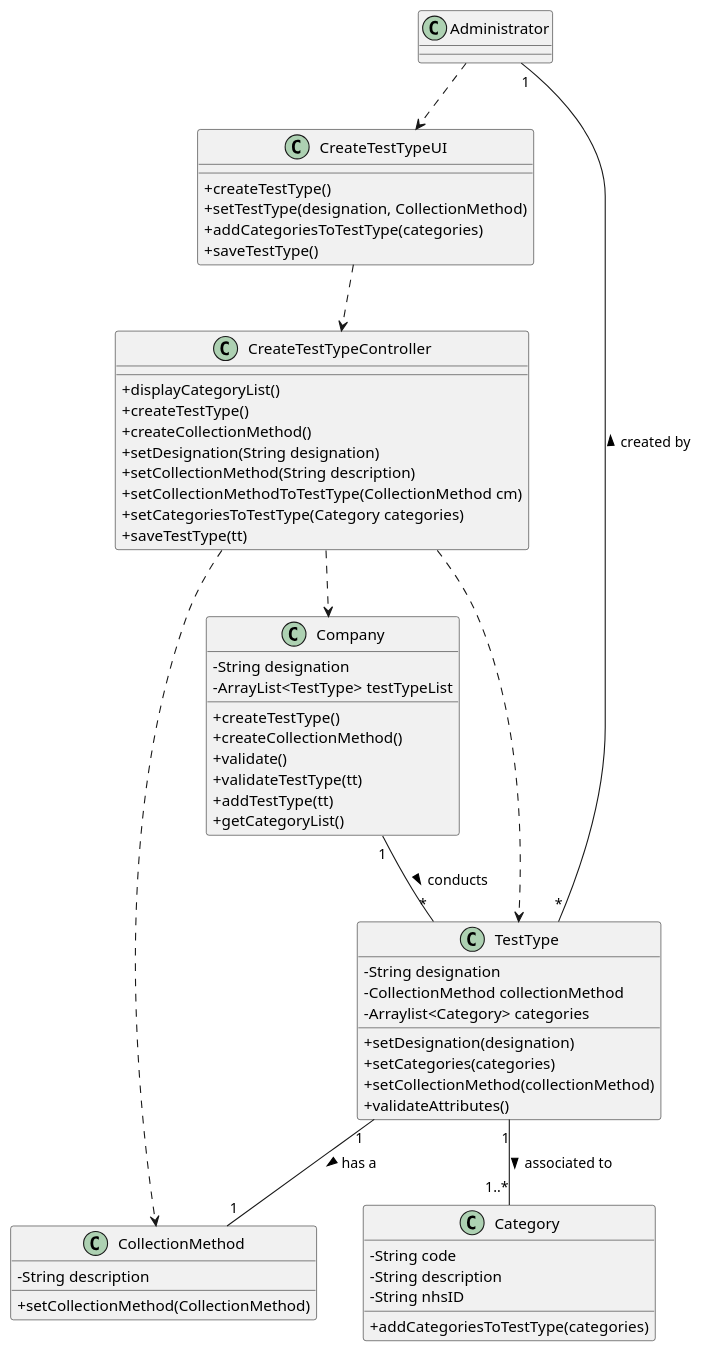
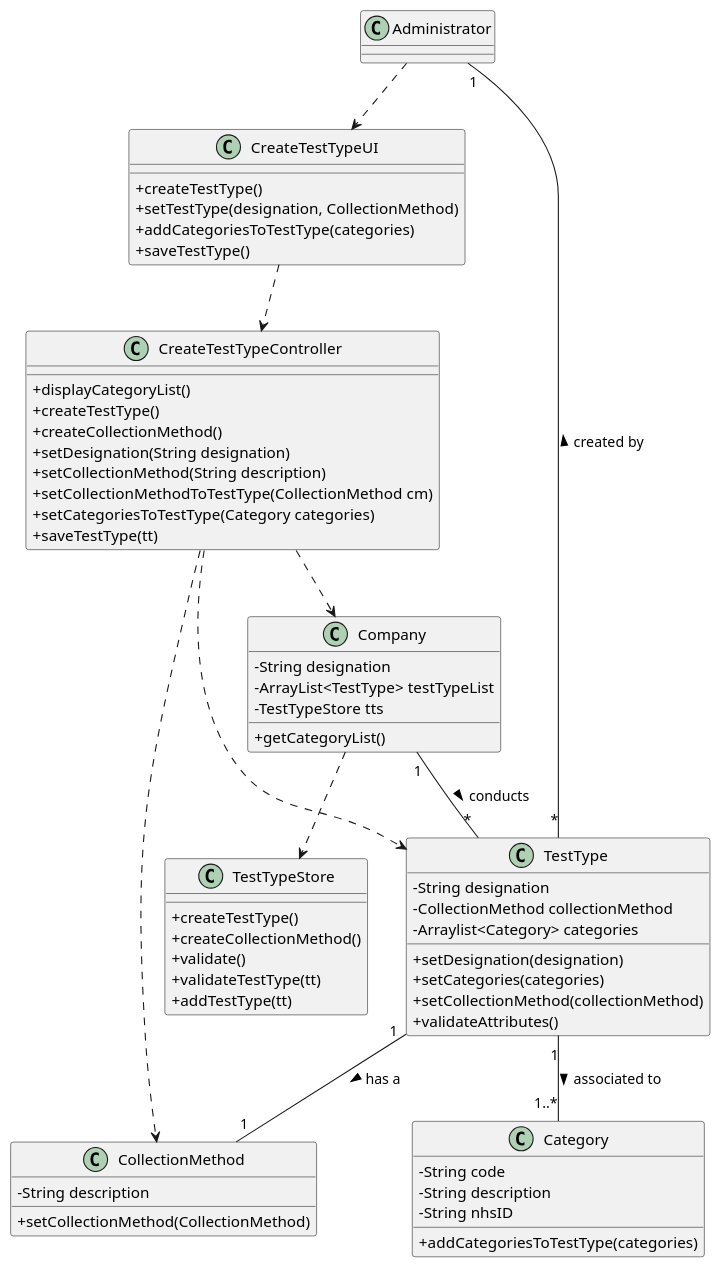
The diagram in docs/SprintB/US9/US9_CD.puml (MadDinosaur/ISEP-LAPR2), drawn with PlantUML before and after one commit. The commit also changed 6 other files, not shown here.

```diff
--- a/docs/SprintB/US9/US9_CD.puml
+++ b/docs/SprintB/US9/US9_CD.puml
@@ -1,63 +1,67 @@
 @startuml
 
 skinparam classAttributeIconSize 0
 
 class Administrator
 class CreateTestTypeUI {
 +createTestType()
 +setTestType(designation, CollectionMethod)
 +addCategoriesToTestType(categories)
 +saveTestType()
 }
 class CreateTestTypeController {
 +displayCategoryList()
 +createTestType()
 +createCollectionMethod()
 +setDesignation(String designation)
 +setCollectionMethod(String description)
 +setCollectionMethodToTestType(CollectionMethod cm)
 +setCategoriesToTestType(Category categories)
 +saveTestType(tt)
 }
 class CollectionMethod {
 -String description
 +setCollectionMethod(CollectionMethod)
 }
 class TestType {
 -String designation
 -CollectionMethod collectionMethod
 -Arraylist<Category> categories
 +setDesignation(designation)
 +setCategories(categories)
 +setCollectionMethod(collectionMethod)
 +validateAttributes()
 }
 class Category {
 -String code
 -String description
 -String nhsID
 +addCategoriesToTestType(categories)
 }
 class Company {
 -String designation
 -ArrayList<TestType> testTypeList
+-TestTypeStore tts
++getCategoryList()
+}
+
+class TestTypeStore {
 +createTestType()
 +createCollectionMethod()
 +validate()
 +validateTestType(tt)
 +addTestType(tt)
-+getCategoryList()
 }
 
 Administrator ..> CreateTestTypeUI
 CreateTestTypeUI ..> CreateTestTypeController
 TestType "*"-up-"1" Administrator : created by >
 Category "1..*"-up-"1" TestType  : associated to <
 TestType "1"--"1" CollectionMethod : has a  >
 Company "1"-down-"*" TestType : conducts >
 CreateTestTypeController ..> Company
 CreateTestTypeController ..> TestType
 CreateTestTypeController ..> CollectionMethod
-
+Company ..> TestTypeStore
 
 @enduml
```
